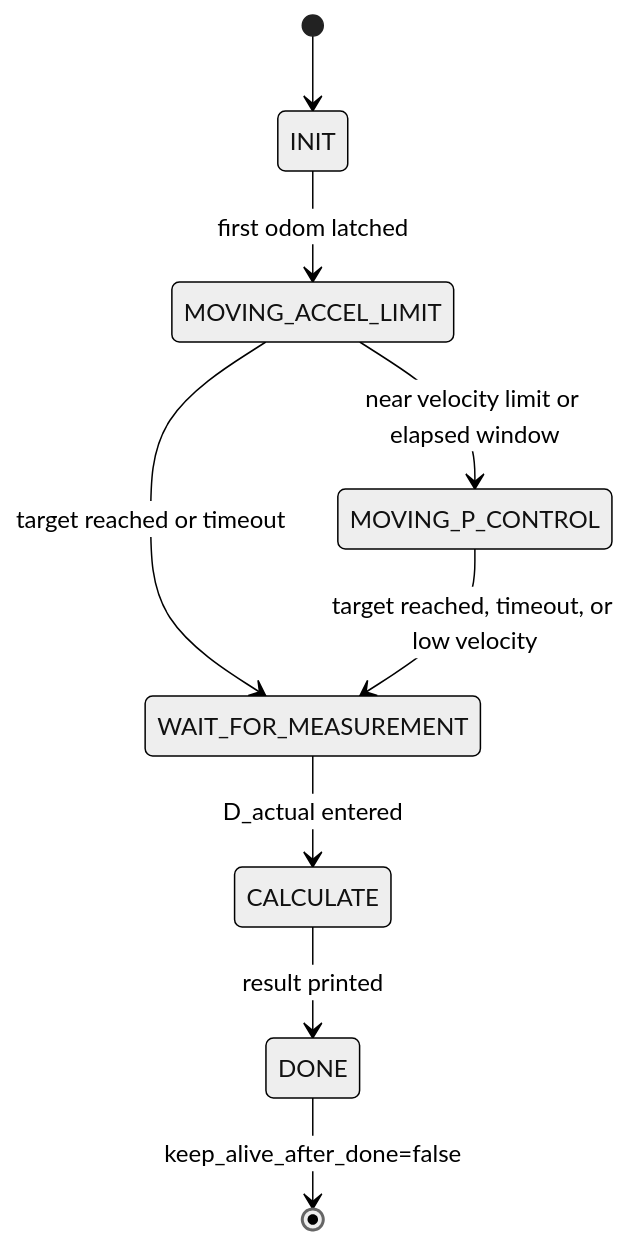
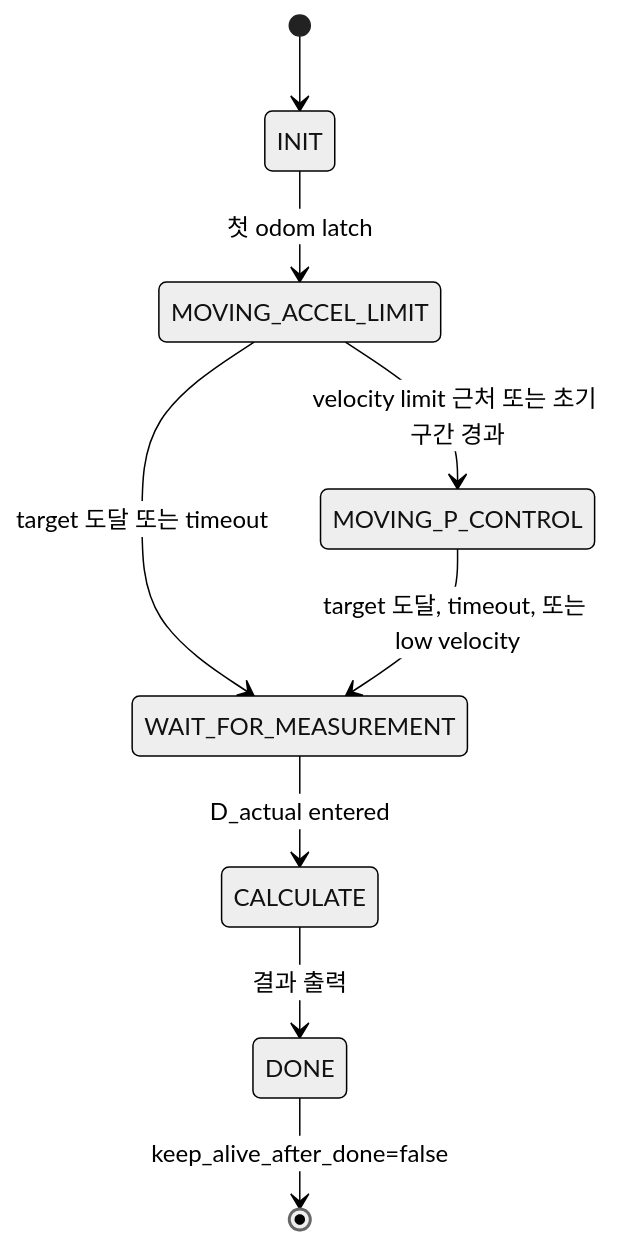
Before and after one commit to grade-e/odometry-calibrator: the fourth of 7 diagrams in src/odometry_calibrator/docs/usage_and_architecture.md, drawn with Mermaid (neutral theme). The commit also changed other lines of this file and 2 other files, not shown here.

````diff
--- a/src/odometry_calibrator/docs/usage_and_architecture.md
+++ b/src/odometry_calibrator/docs/usage_and_architecture.md
@@ -199,11 +199,11 @@
 ```mermaid
 stateDiagram-v2
     [*] --> INIT
-    INIT --> MOVING_ACCEL_LIMIT: first odom latched
-    MOVING_ACCEL_LIMIT --> MOVING_P_CONTROL: near velocity limit or elapsed window
-    MOVING_ACCEL_LIMIT --> WAIT_FOR_MEASUREMENT: target reached or timeout
-    MOVING_P_CONTROL --> WAIT_FOR_MEASUREMENT: target reached, timeout, or low velocity
+    INIT --> MOVING_ACCEL_LIMIT: 첫 odom latch
+    MOVING_ACCEL_LIMIT --> MOVING_P_CONTROL: velocity limit 근처 또는 초기 구간 경과
+    MOVING_ACCEL_LIMIT --> WAIT_FOR_MEASUREMENT: target 도달 또는 timeout
+    MOVING_P_CONTROL --> WAIT_FOR_MEASUREMENT: target 도달, timeout, 또는 low velocity
     WAIT_FOR_MEASUREMENT --> CALCULATE: D_actual entered
-    CALCULATE --> DONE: result printed
+    CALCULATE --> DONE: 결과 출력
     DONE --> [*]: keep_alive_after_done=false
 ```
````
